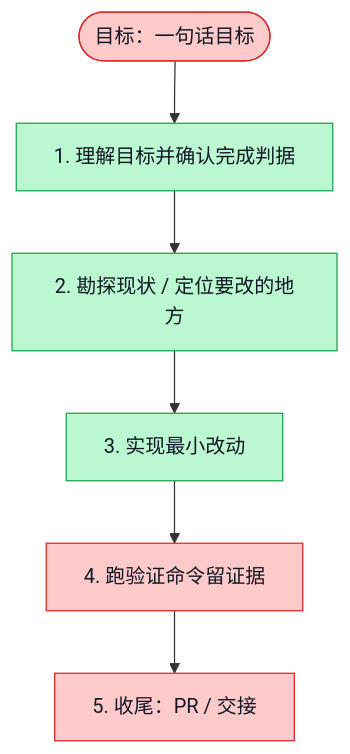
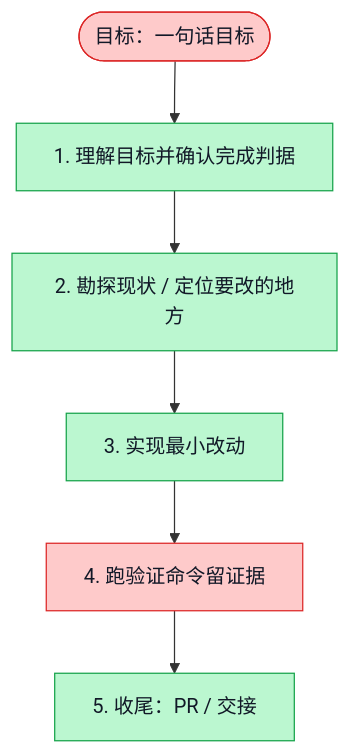
Before and after one commit to boardx/workspacex: the diagram in docs/evidence/org-home-theme-4881/execution-plan.md, drawn with Mermaid.

Commit message:
docs(home): mark draft PR delivery complete

````diff
--- a/docs/evidence/org-home-theme-4881/execution-plan.md
+++ b/docs/evidence/org-home-theme-4881/execution-plan.md
@@ -17,27 +17,26 @@
 ```mermaid
 flowchart TD
   G([目标：一句话目标])
   S1[1. 理解目标并确认完成判据]
   S2[2. 勘探现状 / 定位要改的地方]
   S3[3. 实现最小改动]
   S4[4. 跑验证命令留证据]
   S5[5. 收尾：PR / 交接]
 
   G --> S1 --> S2 --> S3 --> S4 --> S5
 
   classDef todo fill:#e5e7eb,stroke:#6b7280,color:#111827
   classDef doing fill:#fde68a,stroke:#d97706,color:#111827
   classDef done fill:#bbf7d0,stroke:#16a34a,color:#111827
   classDef tested fill:#ddd6fe,stroke:#7c3aed,color:#111827
   classDef blocked fill:#fecaca,stroke:#dc2626,color:#111827
 
   class G blocked
   %% blocked G: 实现与前端验证完成；数据库验证和 PR 推送受阻
   class S1 done
   class S2 done
   class S3 done
   class S4 blocked
   %% blocked S4: 前端测试和浏览器验证通过；真实数据库镜像依赖下载被代理拒绝，Docker Hub 拉取限额，完整后端测试未执行
-  class S5 blocked
-  %% blocked S5: 自动审批拒绝 git push 到 boardx/workspacex：私有源码和历史上传缺少明确授权；等待用户批准，未创建 PR
+  class S5 done
 ```
````
